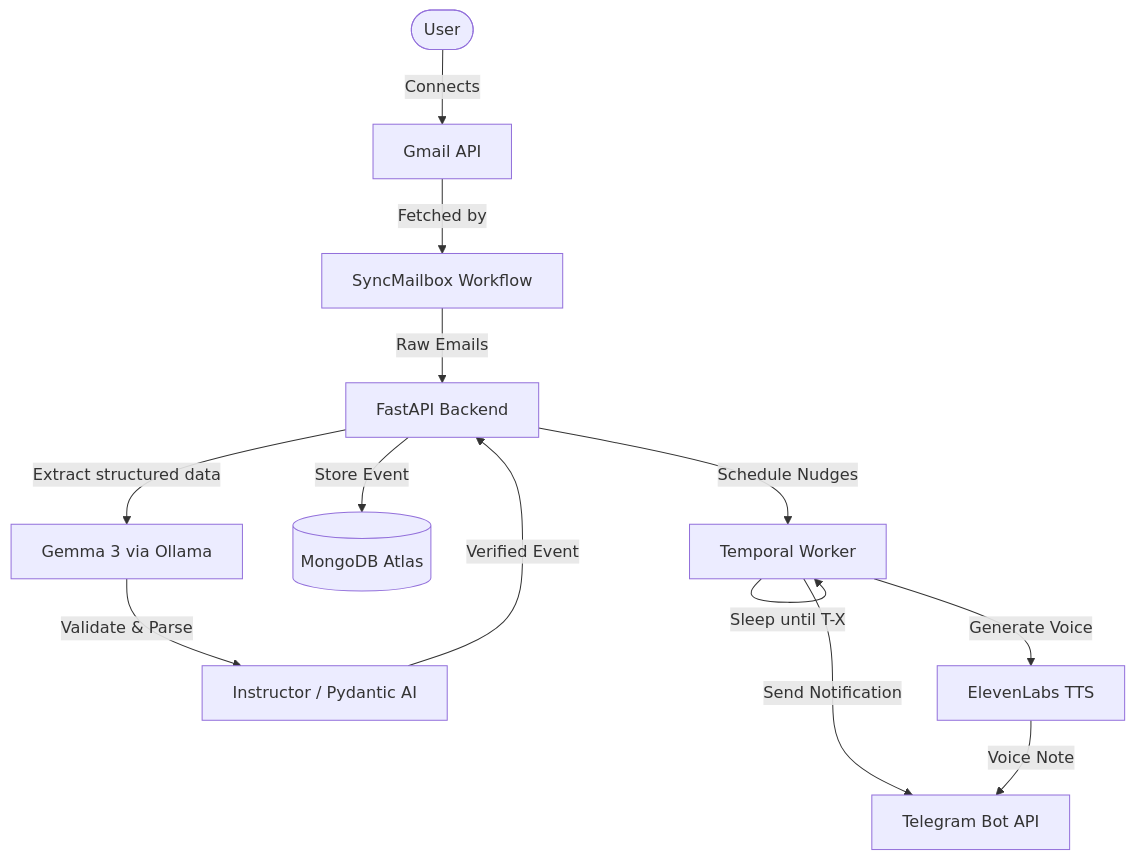
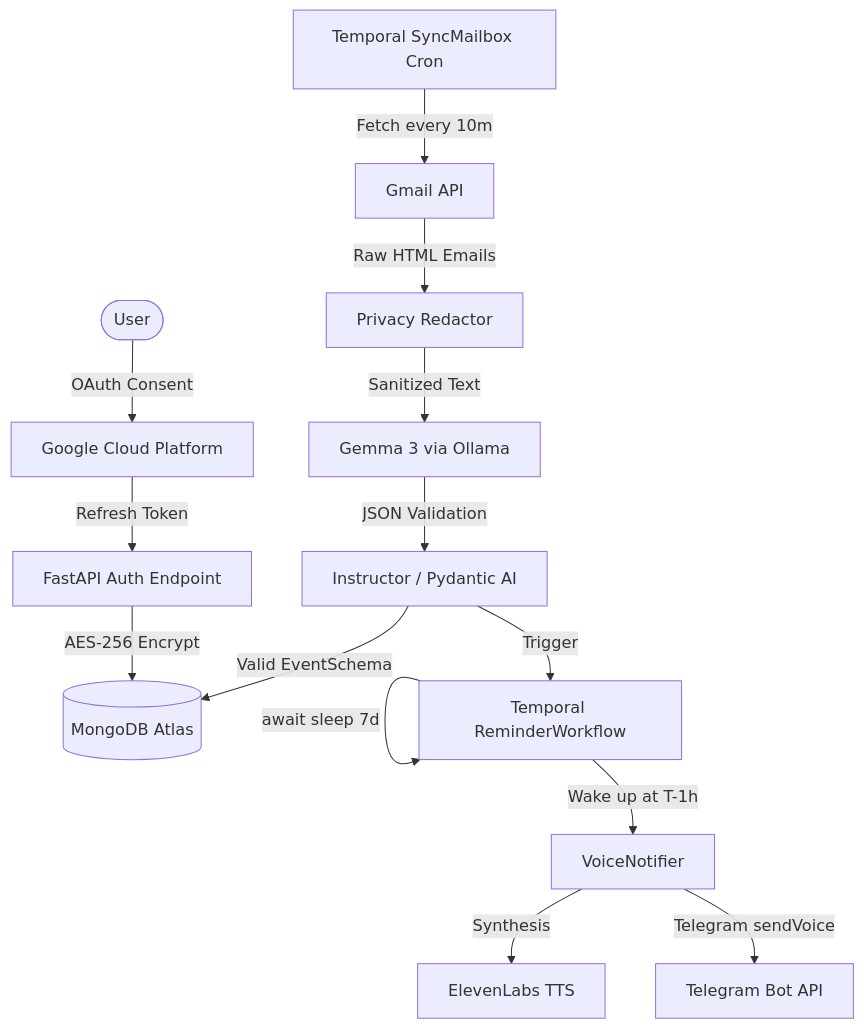
One commit to chaitanyayad/NudgeBox changed the diagram in README.md. Above: the diagram before and after it, drawn with Mermaid. The commit also changed other lines of this file, not shown here.

````diff
--- a/README.md
+++ b/README.md
@@ -25,15 +38,18 @@
 ```mermaid
 graph TD
-    User([User]) -->|Connects| Gmail[Gmail API]
-    Gmail -->|Fetched by| Cron[SyncMailbox Workflow]
-    Cron -->|Raw Emails| FastAPI[FastAPI Backend]
-    FastAPI -->|Extract structured data| LLM[Gemma 3 via Ollama]
-    LLM -->|Validate & Parse| Pydantic[Instructor / Pydantic AI]
-    Pydantic -->|Verified Event| FastAPI
-    FastAPI -->|Store Event| MongoDB[(MongoDB Atlas)]
-    FastAPI -->|Schedule Nudges| Temporal[Temporal Worker]
-    Temporal -->|Sleep until T-X| Temporal
-    Temporal -->|Send Notification| Telegram[Telegram Bot API]
-    Temporal -->|Generate Voice| ElevenLabs[ElevenLabs TTS]
-    ElevenLabs -->|Voice Note| Telegram
+    User([User]) -->|OAuth Consent| Google[Google Cloud Platform]
+    Google -->|Refresh Token| Auth[FastAPI Auth Endpoint]
+    Auth -->|AES-256 Encrypt| DB[(MongoDB Atlas)]
+    
+    Cron[Temporal SyncMailbox Cron] -->|Fetch every 10m| Gmail[Gmail API]
+    Gmail -->|Raw HTML Emails| Redactor[Privacy Redactor]
+    Redactor -->|Sanitized Text| Gemma[Gemma 3 via Ollama]
+    Gemma -->|JSON Validation| Instructor[Instructor / Pydantic AI]
+    Instructor -->|Valid EventSchema| DB
+    
+    Instructor -->|Trigger| Scheduler[Temporal ReminderWorkflow]
+    Scheduler -->|await sleep 7d| Scheduler
+    Scheduler -->|Wake up at T-1h| Voice[VoiceNotifier]
+    Voice -->|Synthesis| ElevenLabs[ElevenLabs TTS]
+    Voice -->|Telegram sendVoice| Telegram[Telegram Bot API]
 ```
````
